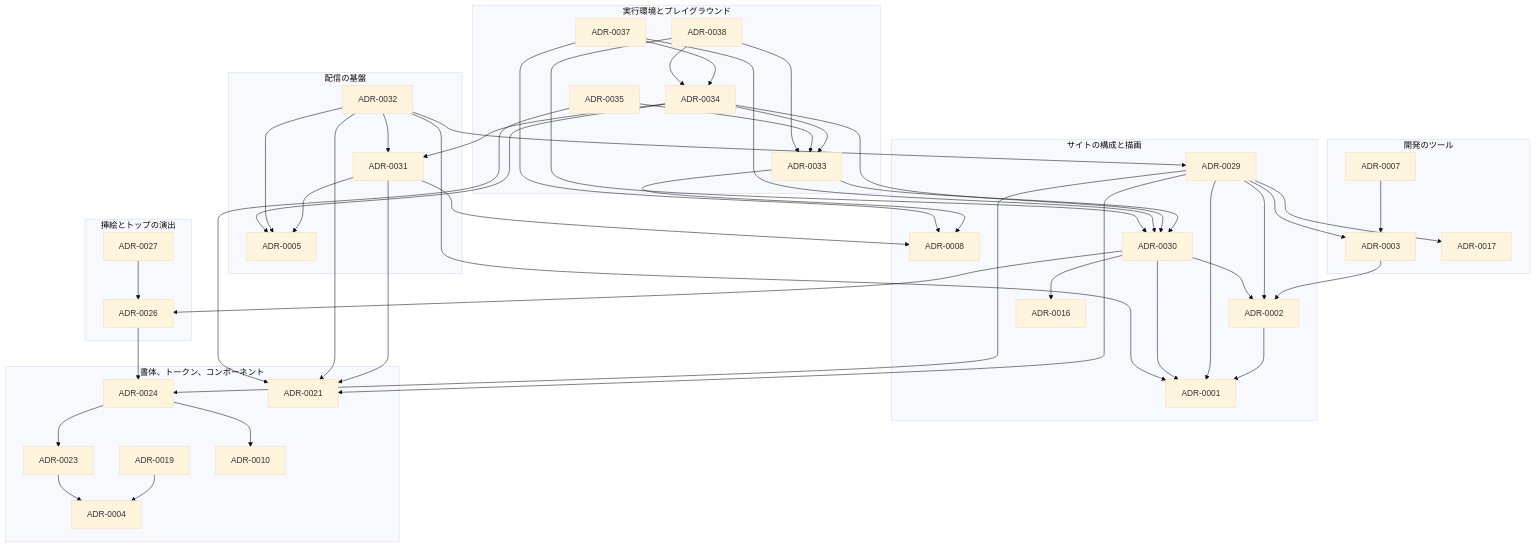
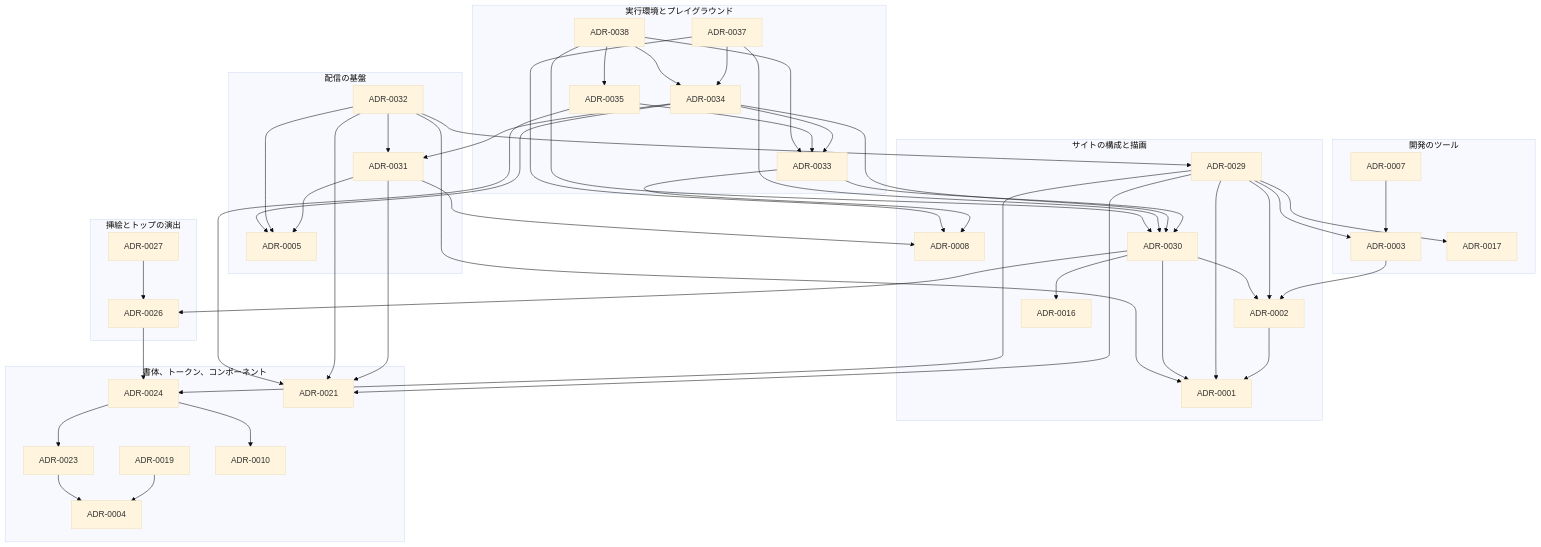
The diagram in adr/index.md (Fukuemon/fukuemon.dev), drawn with Mermaid (base theme) before and after one commit. The commit also changed 1 other file, not shown here.

Commit message:
docs(adr): ADR-0038 に、SQL のツールが SQL を送る経路と、プロセスを終了させない preload を追加する #34
SQL のツールは、DB のプロセスの標準入出力で SQL を送る。実行環境は、Unix ドメインソケットに接続している間はプロセスを終了させない preload を、訪問者のプロセスに追加する。Verification に、短いスクリプトの終了と、SQL を送る方法の測定の結果を追加する。

````diff
--- a/adr/index.md
+++ b/adr/index.md
@@ -82,81 +82,82 @@
 ```mermaid
 flowchart TB
   subgraph site["サイトの構成と描画"]
     A0001["ADR-0001"]
     A0002["ADR-0002"]
     A0008["ADR-0008"]
     A0016["ADR-0016"]
     A0029["ADR-0029"]
     A0030["ADR-0030"]
   end
   subgraph tools["開発のツール"]
     A0003["ADR-0003"]
     A0007["ADR-0007"]
     A0017["ADR-0017"]
   end
   subgraph infra["配信の基盤"]
     A0005["ADR-0005"]
     A0031["ADR-0031"]
     A0032["ADR-0032"]
   end
   subgraph design["書体、トークン、コンポーネント"]
     A0004["ADR-0004"]
     A0019["ADR-0019"]
     A0023["ADR-0023"]
     A0010["ADR-0010"]
     A0024["ADR-0024"]
     A0021["ADR-0021"]
   end
   subgraph top["挿絵とトップの演出"]
     A0026["ADR-0026"]
     A0027["ADR-0027"]
   end
   subgraph runtime["実行環境とプレイグラウンド"]
     A0033["ADR-0033"]
     A0034["ADR-0034"]
     A0035["ADR-0035"]
     A0037["ADR-0037"]
     A0038["ADR-0038"]
   end
   A0002 --> A0001
   A0003 --> A0002
   A0007 --> A0003
   A0019 --> A0004
   A0023 --> A0004
   A0024 --> A0010
   A0024 --> A0023
   A0026 --> A0024
   A0027 --> A0026
   A0029 --> A0001
   A0029 --> A0002
   A0029 --> A0003
   A0029 --> A0017
   A0029 --> A0021
   A0029 --> A0024
   A0030 --> A0001
   A0030 --> A0002
   A0030 --> A0016
   A0030 --> A0026
   A0031 --> A0005
   A0031 --> A0008
   A0031 --> A0021
   A0032 --> A0001
   A0032 --> A0005
   A0032 --> A0021
   A0032 --> A0029
   A0032 --> A0031
   A0033 --> A0008
   A0033 --> A0030
   A0034 --> A0005
   A0034 --> A0030
   A0034 --> A0031
   A0034 --> A0033
   A0035 --> A0021
   A0035 --> A0033
   A0037 --> A0008
   A0037 --> A0030
   A0037 --> A0034
   A0038 --> A0030
   A0038 --> A0033
   A0038 --> A0034
+  A0038 --> A0035
 ```
````
